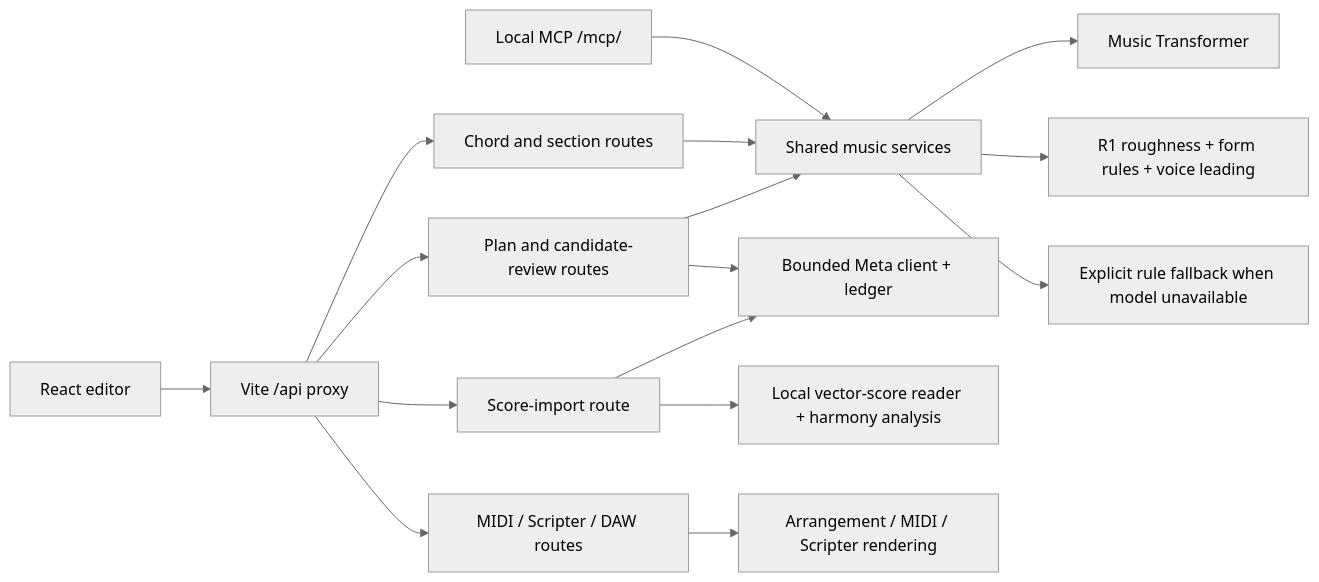
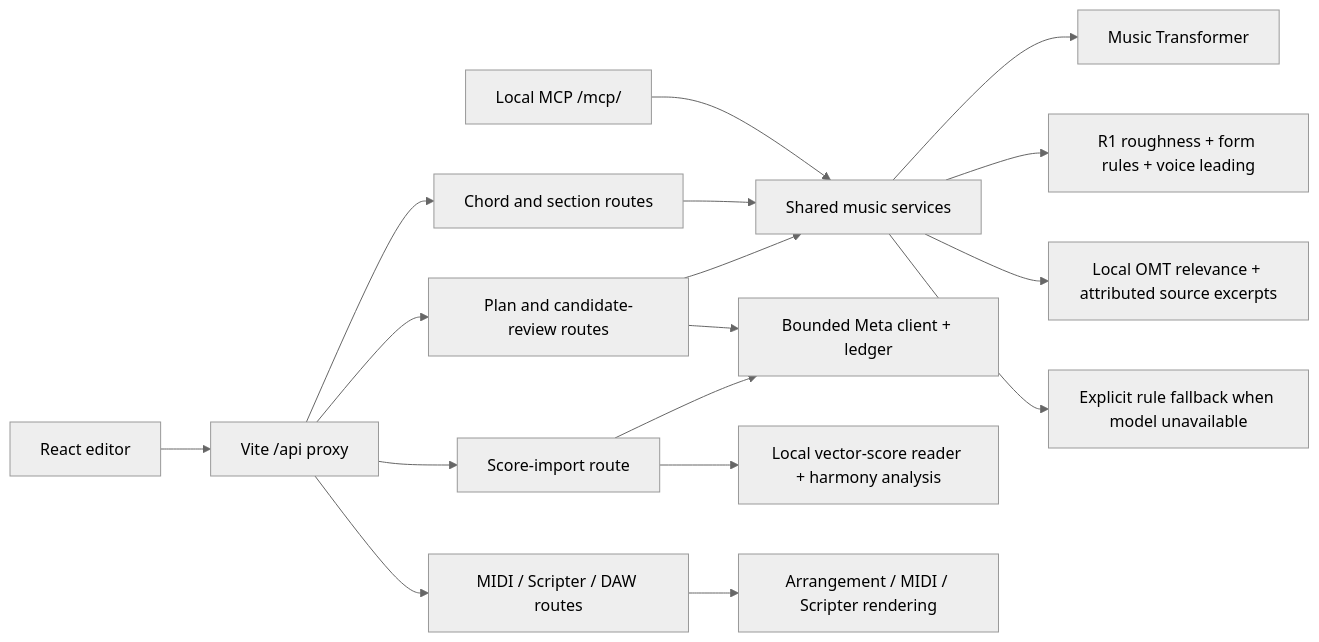
One commit to PearlLeeStudio/TheArtist-DAW changed the first of 2 diagrams in API_SPEC.md. Above: the diagram before and after it, drawn with Mermaid (neutral theme). The commit also changed other lines of this file and 15 other files, not shown here.

````diff
--- a/API_SPEC.md
+++ b/API_SPEC.md
@@ -9,18 +9,19 @@
 ```mermaid
 flowchart LR
     FE["React editor"] --> VP["Vite /api proxy"]
     VP --> GEN["Chord and section routes"]
     VP --> PLAN["Plan and candidate-review routes"]
     VP --> IMP["Score-import route"]
     VP --> EXP["MIDI / Scripter / DAW routes"]
     MCP["Local MCP /mcp/"] --> MUSIC["Shared music services"]
     GEN --> MUSIC
     PLAN --> MUSIC
     MUSIC --> MT["Music Transformer"]
     MUSIC --> R1["R1 roughness + form rules + voice leading"]
+    MUSIC --> R2["Local OMT relevance + attributed source excerpts"]
     MUSIC --> RULES["Explicit rule fallback when model unavailable"]
     PLAN --> META["Bounded Meta client + ledger"]
     IMP --> LOCAL["Local vector-score reader + harmony analysis"]
     IMP --> META
     EXP --> RENDER["Arrangement / MIDI / Scripter rendering"]
 ```
````
